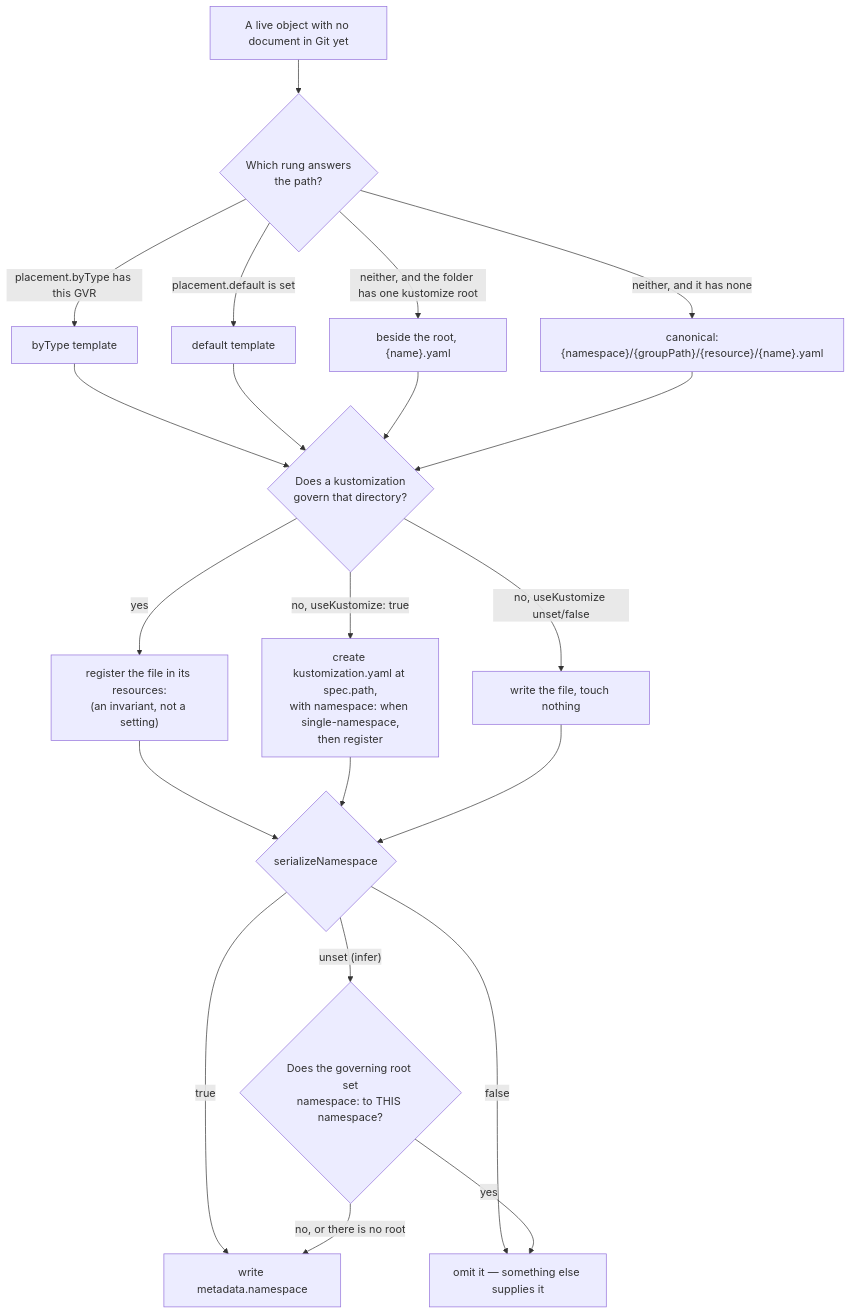
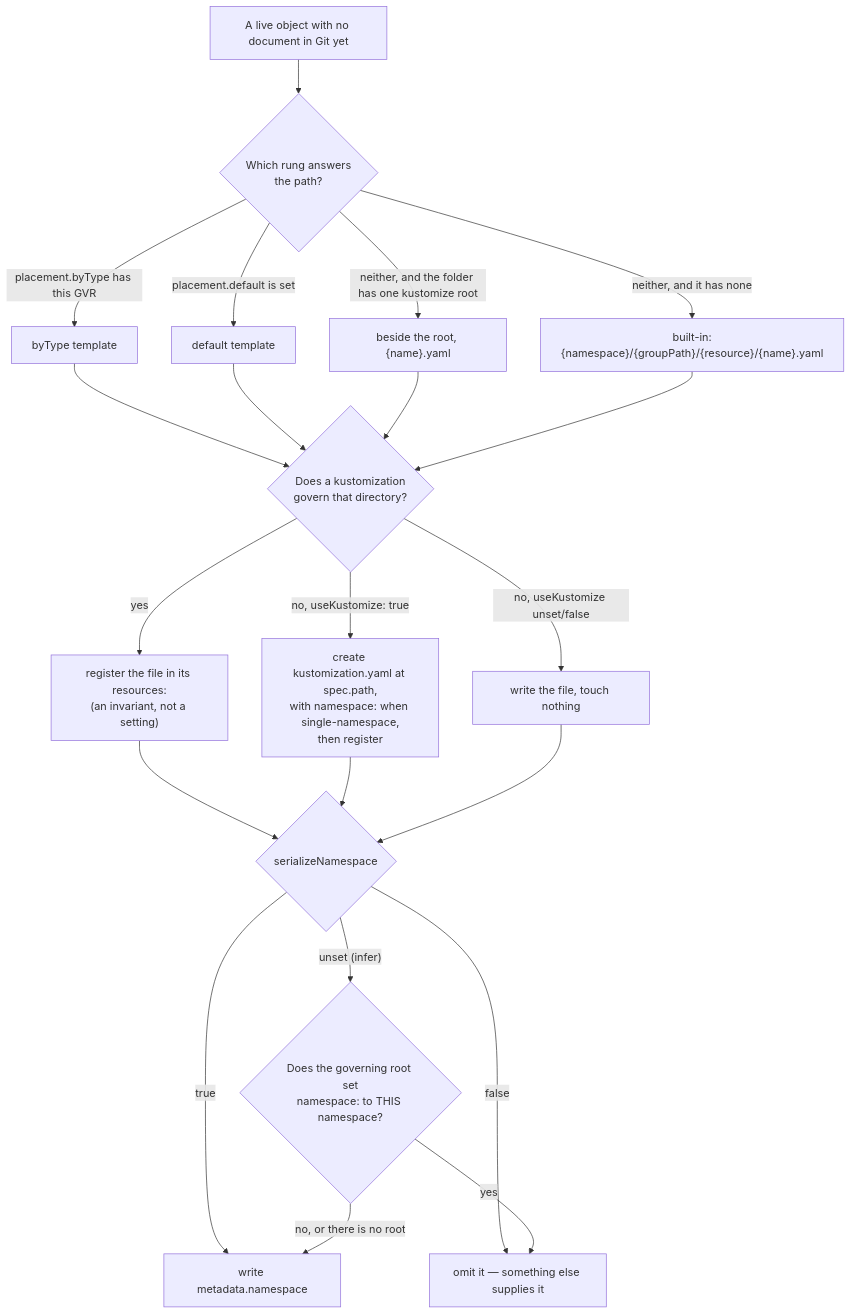
One commit to ConfigButler/gitops-reverser changed the first of 2 diagrams in test/fixtures/layout-corpus/shapes/README.md. Above: the diagram before and after it, drawn with Mermaid. The commit also changed other lines of this file and 69 other files, not shown here.

First line of the commit message:
feat!: expire finished CommitRequests and name the placement fallback the built-in path (#400)

````diff
--- a/test/fixtures/layout-corpus/shapes/README.md
+++ b/test/fixtures/layout-corpus/shapes/README.md
@@ -51,27 +51,27 @@
 ```mermaid
 flowchart TD
   W["A live object with no document in Git yet"] --> P{"Which rung answers<br/>the path?"}
   P -->|"placement.byType has this GVR"| T1["byType template"]
   P -->|"placement.default is set"| T2["default template"]
   P -->|"neither, and the folder has one kustomize root"| T3["beside the root, {name}.yaml"]
-  P -->|"neither, and it has none"| T4["canonical:<br/>{namespace}/{groupPath}/{resource}/{name}.yaml"]
+  P -->|"neither, and it has none"| T4["built-in:<br/>{namespace}/{groupPath}/{resource}/{name}.yaml"]
 
   T1 --> K{"Does a kustomization<br/>govern that directory?"}
   T2 --> K
   T3 --> K
   T4 --> K
 
   K -->|yes| R["register the file in its resources:<br/>(an invariant, not a setting)"]
   K -->|"no, useKustomize: true"| C["create kustomization.yaml at spec.path,<br/>with namespace: when single-namespace,<br/>then register"]
   K -->|"no, useKustomize unset/false"| N["write the file, touch nothing"]
 
   R --> S{"serializeNamespace"}
   C --> S
   N --> S
 
   S -->|"true"| Y["write metadata.namespace"]
   S -->|"false"| O["omit it — something else supplies it"]
   S -->|"unset (infer)"| I{"Does the governing root set<br/>namespace: to THIS namespace?"}
   I -->|yes| O
   I -->|"no, or there is no root"| Y
 ```
````
